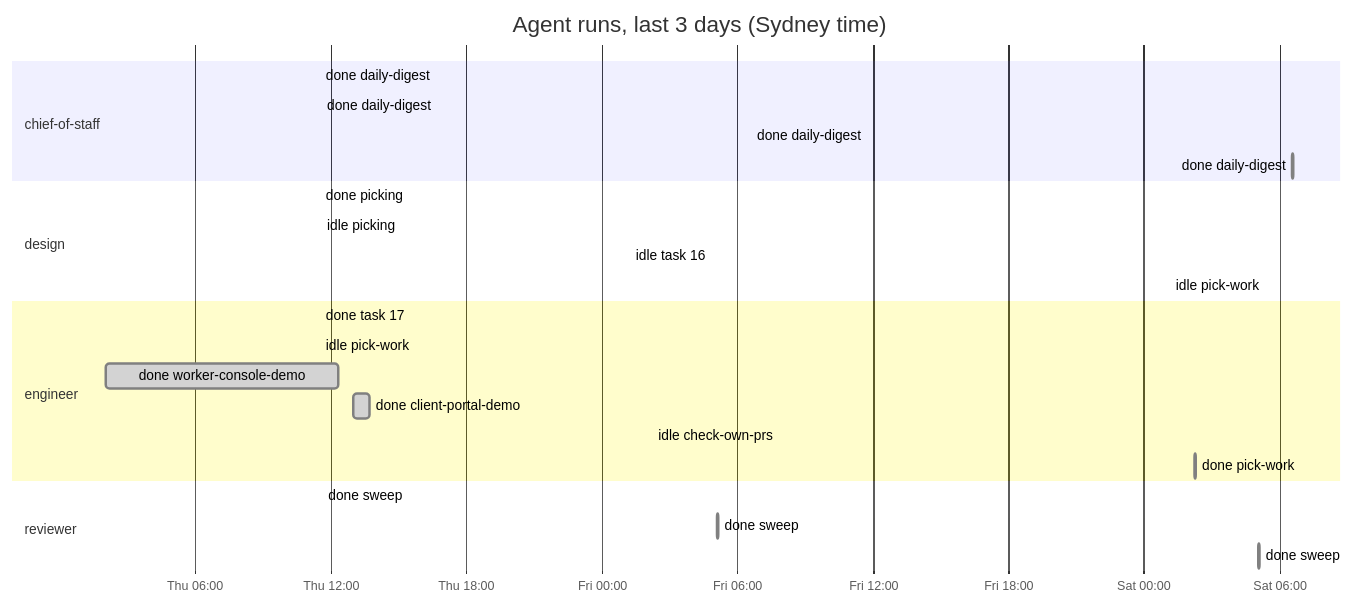
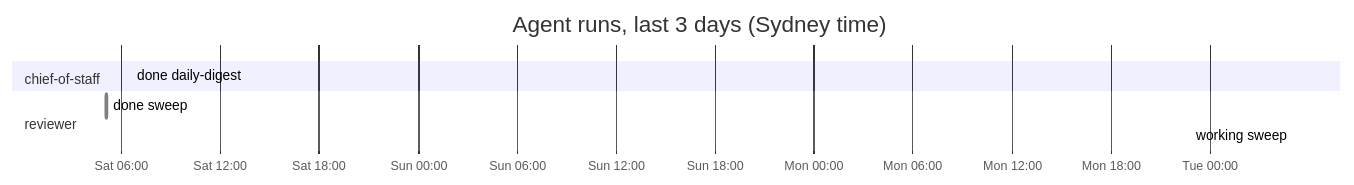
Before and after one commit to roulmediateam-byte/fifteen-expert-hq: the diagram in dashboard.md, drawn with Mermaid. The commit also changed other lines of this file and 1 other file, not shown here.

````diff
--- a/dashboard.md
+++ b/dashboard.md
@@ -36,27 +36,11 @@
 ```mermaid
 gantt
     title Agent runs, last 3 days (Sydney time)
     dateFormat YYYY-MM-DD HH:mm
     axisFormat %a %H:%M
     section chief-of-staff
-    done daily-digest :done, 2026-11-05 11:31, 2026-11-05 11:32
-    done daily-digest :done, 2026-11-05 11:33, 2026-11-05 11:34
-    done daily-digest :done, 2026-11-06 06:35, 2026-11-06 06:37
     done daily-digest :done, 2026-11-07 06:35, 2026-11-07 06:37
-    section design
-    done picking :done, 2026-11-05 11:31, 2026-11-05 11:32
-    idle picking :done, 2026-11-05 11:33, 2026-11-05 11:33
-    idle task 16 :done, 2026-11-06 01:14, 2026-11-06 01:15
-    idle pick-work :done, 2026-11-07 01:08, 2026-11-07 01:08
-    section engineer
-    done task 17 :done, 2026-11-05 11:31, 2026-11-05 11:32
-    idle pick-work :done, 2026-11-05 11:32, 2026-11-05 11:32
-    done worker-console-demo :done, 2026-11-05 02:03, 2026-11-05 12:19
-    done client-portal-demo :done, 2026-11-05 12:59, 2026-11-05 13:44
-    idle check-own-prs :done, 2026-11-06 02:14, 2026-11-06 02:14
-    done pick-work :done, 2026-11-07 02:15, 2026-11-07 02:18
     section reviewer
-    done sweep :done, 2026-11-05 11:37, 2026-11-05 11:39
-    done sweep :done, 2026-11-06 05:05, 2026-11-06 05:10
     done sweep :done, 2026-11-07 05:05, 2026-11-07 05:08
+    working sweep :active, 2026-11-10 05:04, 2026-11-10 05:05
 ```
````
